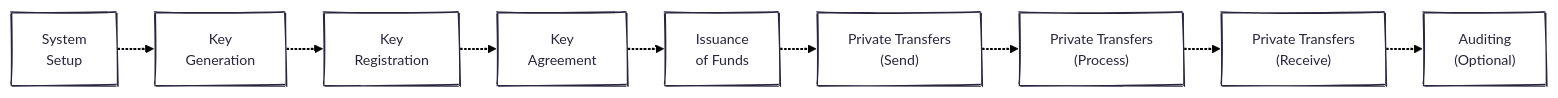
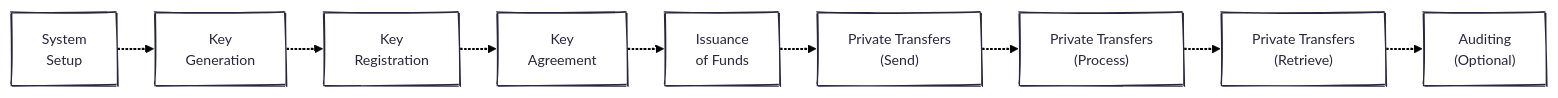
One commit to raylsnetwork/Enygma changed the first of 8 diagrams in enygma_payments/protocol_description.md. Above: the diagram before and after it, drawn with Mermaid. The commit also changed other lines of this file, not shown here.

````diff
--- a/enygma_payments/protocol_description.md
+++ b/enygma_payments/protocol_description.md
@@ -3,23 +5,23 @@
 ```mermaid
 ---
 config:
   theme: redux
   layout: elk
   look: handDrawn
 ---
 flowchart LR
 
     setup["System<br>Setup"]
     keygen["Key<br>Generation"]
     registration["Key<br>Registration"]
     agreement["Key<br>Agreement"]
     issuance["Issuance<br>of Funds"]
     send_txs["Private Transfers<br>(Send)"]
     process_txs["Private Transfers<br>(Process)"]
-    receive_txs["Private Transfers<br>(Receive)"]
+    receive_txs["Private Transfers<br>(Retrieve)"]
     auditing["Auditing<br>(Optional)"]
 
     %% Flow Connections
     setup -.-> keygen -.-> registration -.-> agreement -.-> issuance -.-> send_txs -.-> process_txs -.-> receive_txs -.-> auditing
 
 ```
````
